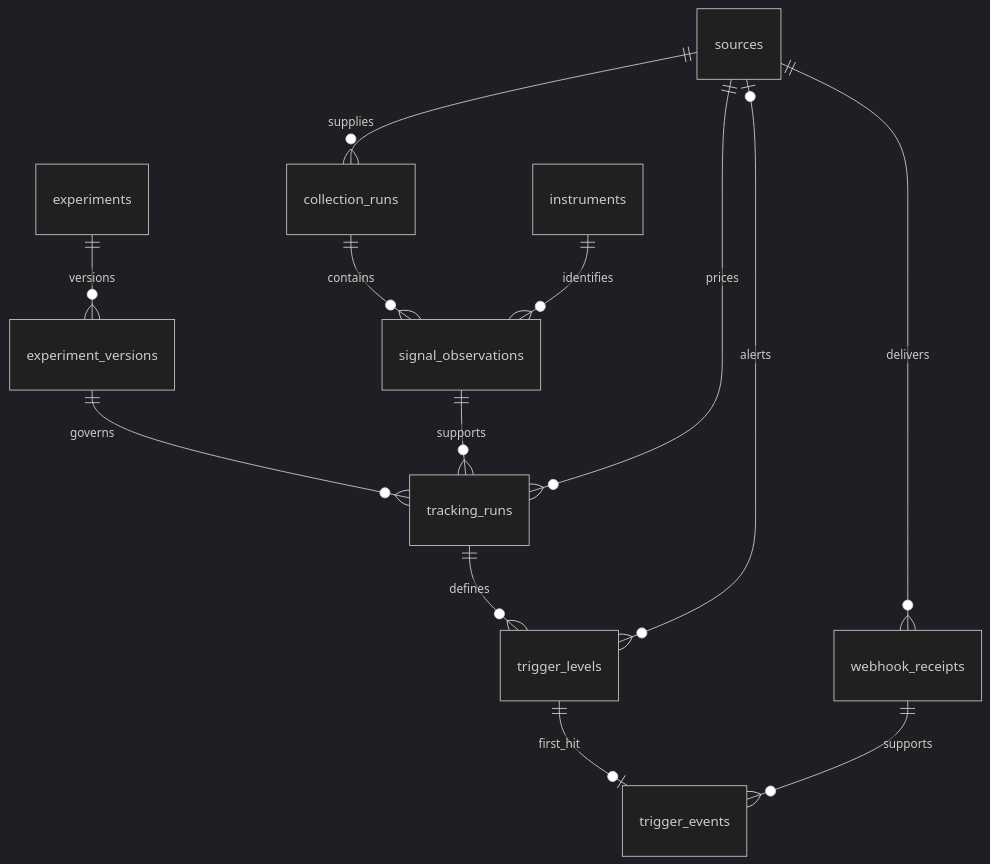
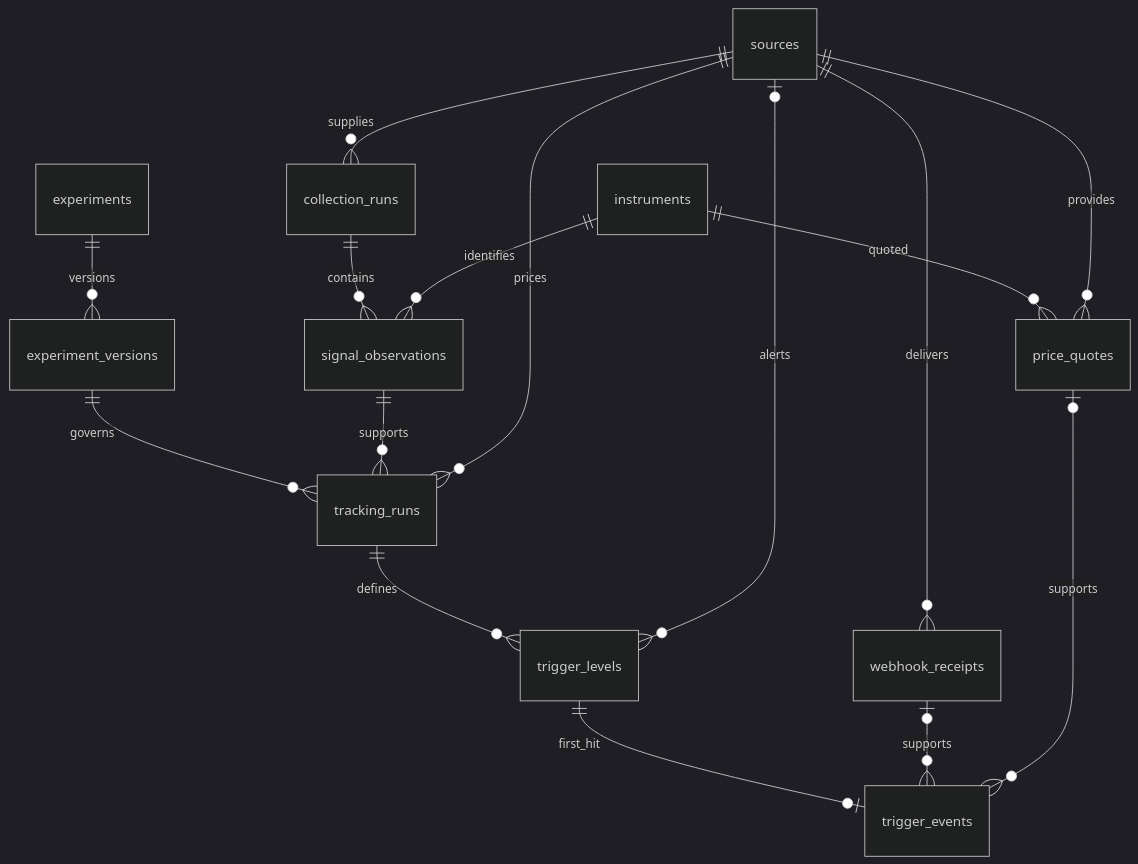
One commit to endrigomarco/stock-radar changed the diagram in docs/database.md. Above: the diagram before and after it, drawn with Mermaid (dark theme). The commit also changed other lines of this file and 40 other files, not shown here.

Commit message:
feat: add brapi price monitoring and trigger tracking.

````diff
--- a/docs/database.md
+++ b/docs/database.md
@@ -35,15 +37,18 @@
 ```mermaid
 erDiagram
     sources ||--o{ collection_runs : supplies
     collection_runs ||--o{ signal_observations : contains
     instruments ||--o{ signal_observations : identifies
     experiments ||--o{ experiment_versions : versions
     experiment_versions ||--o{ tracking_runs : governs
     signal_observations ||--o{ tracking_runs : supports
     sources ||--o{ tracking_runs : prices
     tracking_runs ||--o{ trigger_levels : defines
     sources |o--o{ trigger_levels : alerts
     sources ||--o{ webhook_receipts : delivers
     trigger_levels ||--o| trigger_events : first_hit
-    webhook_receipts ||--o{ trigger_events : supports
+    webhook_receipts |o--o{ trigger_events : supports
+    price_quotes |o--o{ trigger_events : supports
+    instruments ||--o{ price_quotes : quoted
+    sources ||--o{ price_quotes : provides
 ```
````
